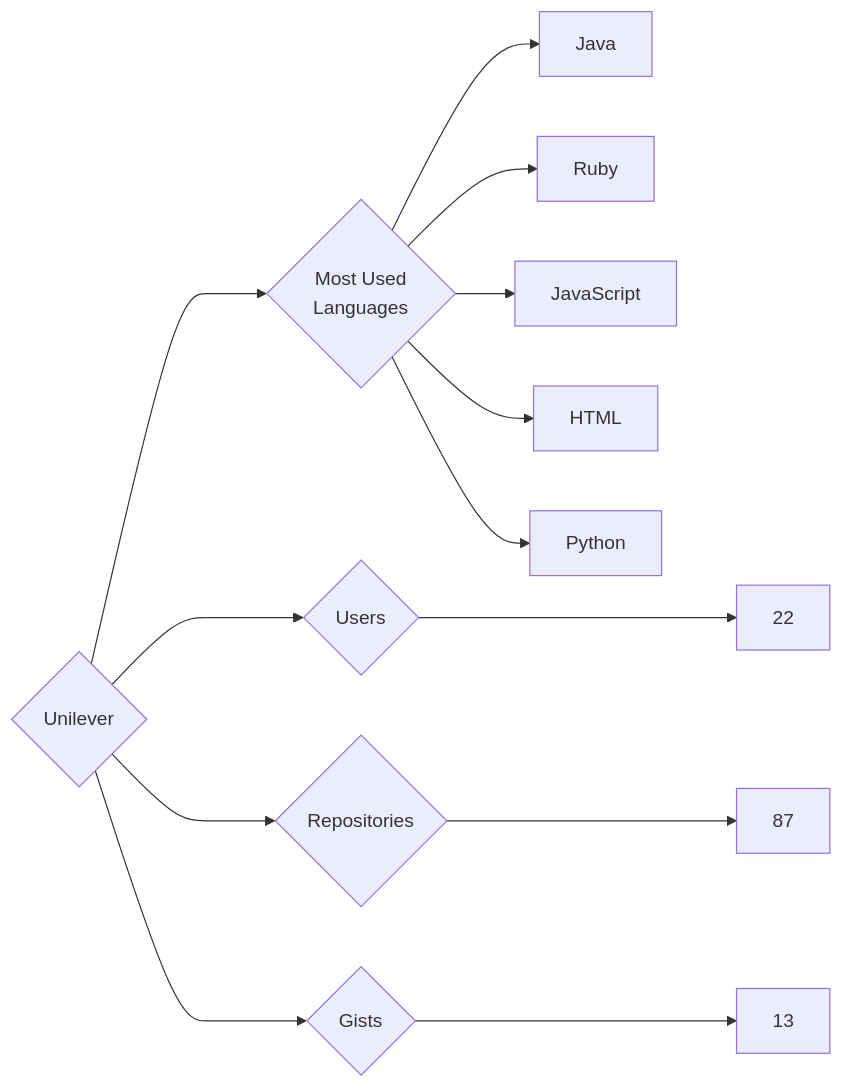
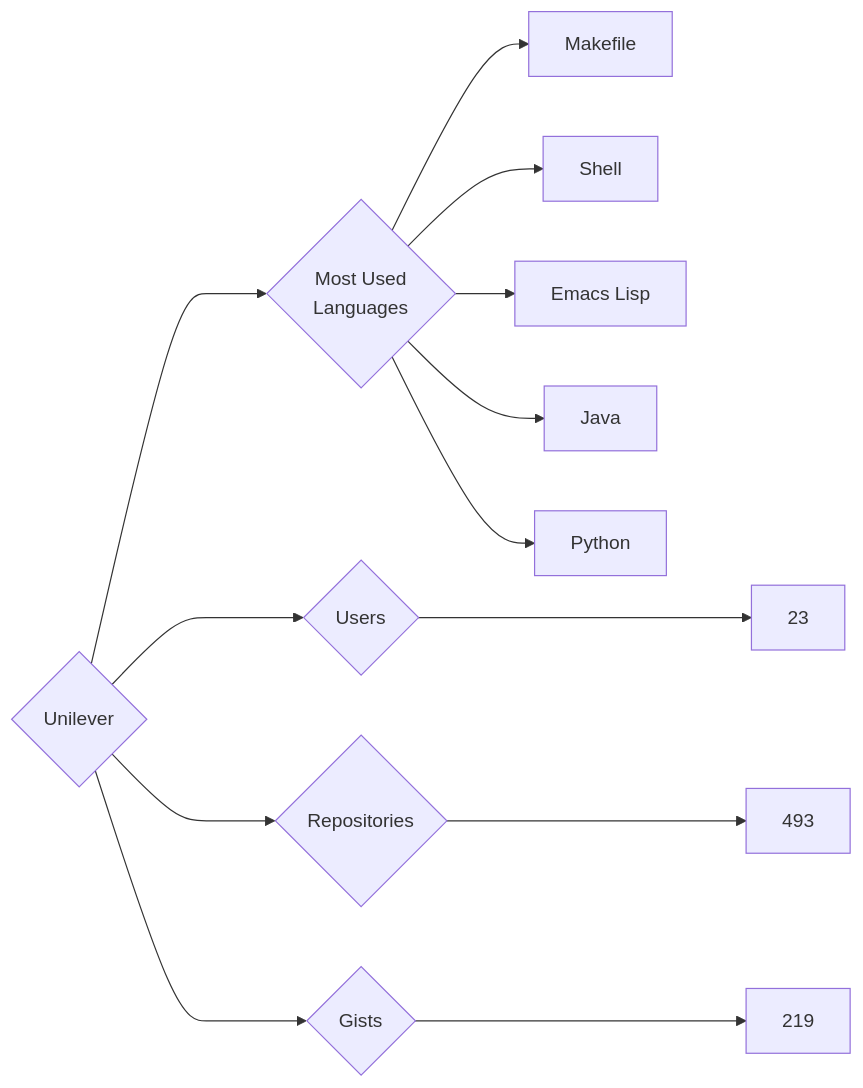
Before and after one commit to trickest/insiders: the diagram in targets/Unilever/README.md, drawn with Mermaid. The commit also changed 1011 other files, not shown here.

````diff
--- a/targets/Unilever/README.md
+++ b/targets/Unilever/README.md
@@ -3,13 +3,13 @@
 ```mermaid
 graph LR
 COMPANY_NAME{Unilever}
-COMPANY_NAME ---> U{Users} ---> UN[22]
-COMPANY_NAME ---> R{Repositories} ---> RN[87]
-COMPANY_NAME ---> G{Gists} ---> GN[13]
+COMPANY_NAME ---> U{Users} ---> UN[23]
+COMPANY_NAME ---> R{Repositories} ---> RN[493]
+COMPANY_NAME ---> G{Gists} ---> GN[219]
 COMPANY_NAME ---> ML{Most Used<br>Languages}
+ML --> Makefile[Makefile]
+ML --> Shell[Shell]
+ML --> Emacs_Lisp[Emacs Lisp]
 ML --> Java[Java]
-ML --> Ruby[Ruby]
-ML --> JavaScript[JavaScript]
-ML --> HTML[HTML]
 ML --> Python[Python]
 ```
````
